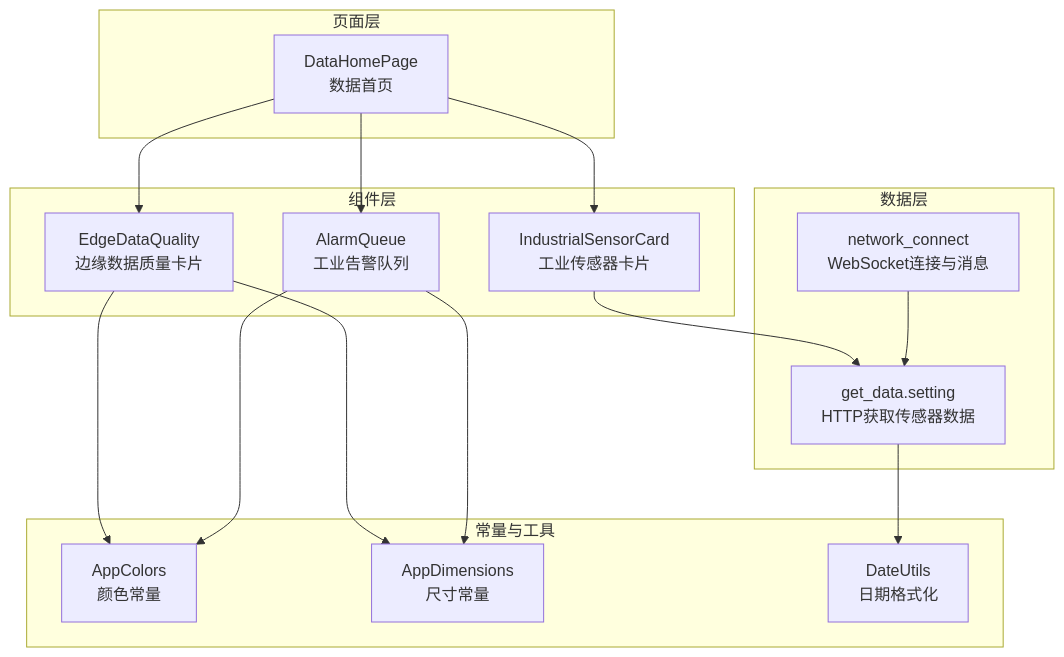
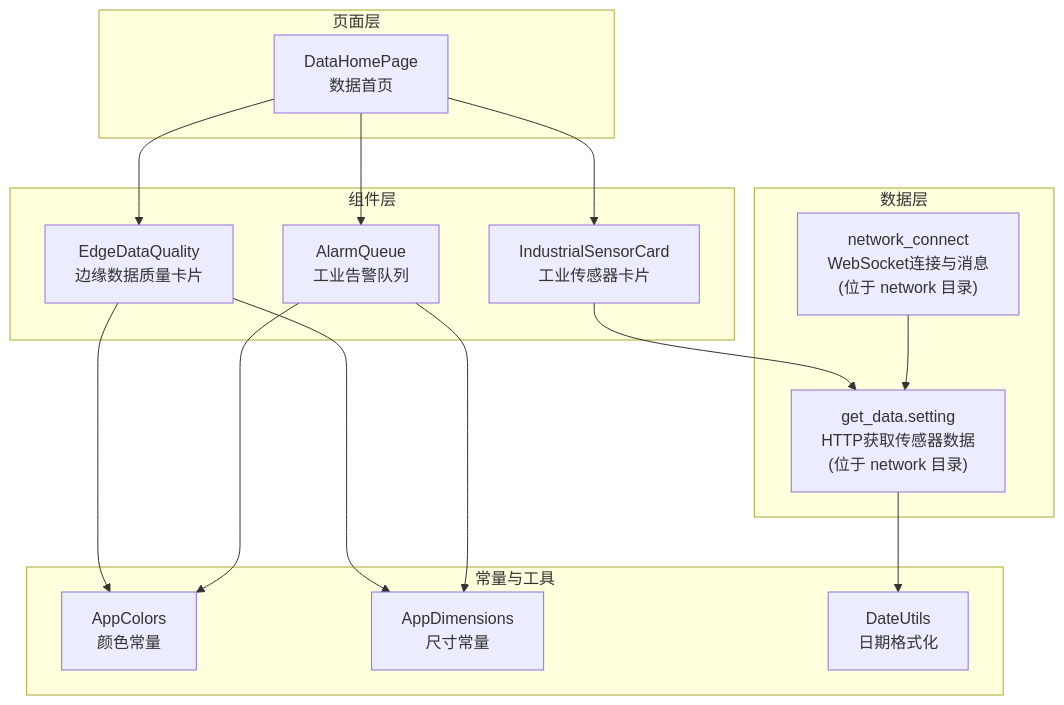
The first of 12 diagrams in .qoder/repowiki/zh/content/数据监控系统/数据质量监控.md (Neonrey-hub/SmartController), drawn with Mermaid before and after one commit. The commit also changed other lines of this file and 16 other files, not shown here.

````diff
--- a/.qoder/repowiki/zh/content/数据监控系统/数据质量监控.md
+++ b/.qoder/repowiki/zh/content/数据监控系统/数据质量监控.md
@@ -41,30 +48,30 @@
 ```mermaid
 graph TB
 subgraph "页面层"
 DH["DataHomePage<br/>数据首页"]
 end
 subgraph "组件层"
 EDQ["EdgeDataQuality<br/>边缘数据质量卡片"]
 ISC["IndustrialSensorCard<br/>工业传感器卡片"]
 AQ["AlarmQueue<br/>工业告警队列"]
 end
 subgraph "数据层"
-GD["get_data.setting<br/>HTTP获取传感器数据"]
-NC["network_connect<br/>WebSocket连接与消息"]
+GD["get_data.setting<br/>HTTP获取传感器数据<br/>(位于 network 目录)"]
+NC["network_connect<br/>WebSocket连接与消息<br/>(位于 network 目录)"]
 end
 subgraph "常量与工具"
 AC["AppColors<br/>颜色常量"]
 AD["AppDimensions<br/>尺寸常量"]
 DU["DateUtils<br/>日期格式化"]
 end
 DH --> EDQ
 DH --> ISC
 DH --> AQ
 ISC --> GD
 EDQ --> AC
 EDQ --> AD
 AQ --> AC
 AQ --> AD
 GD --> DU
 NC --> GD
 ```
````
